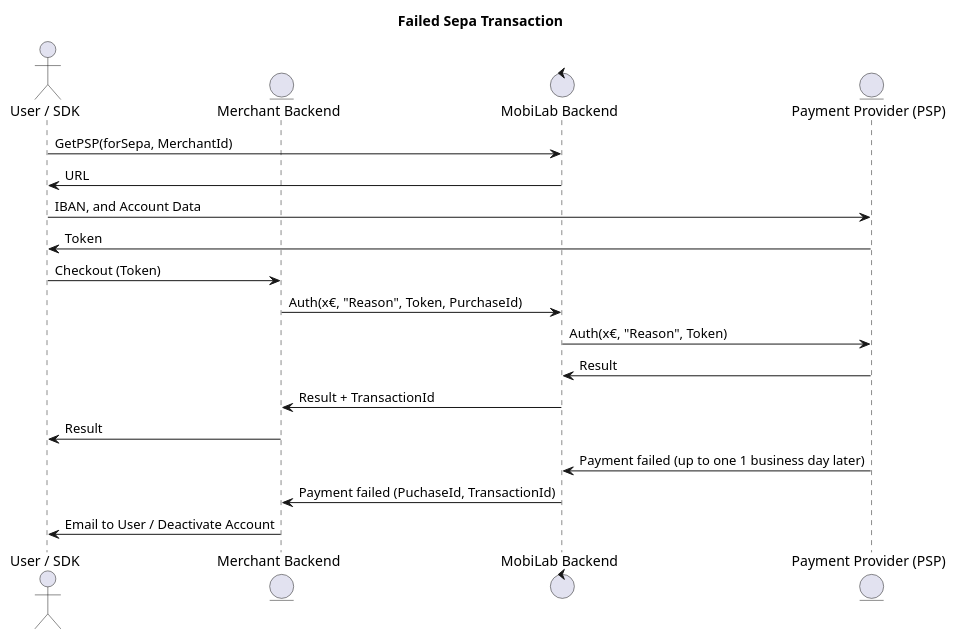
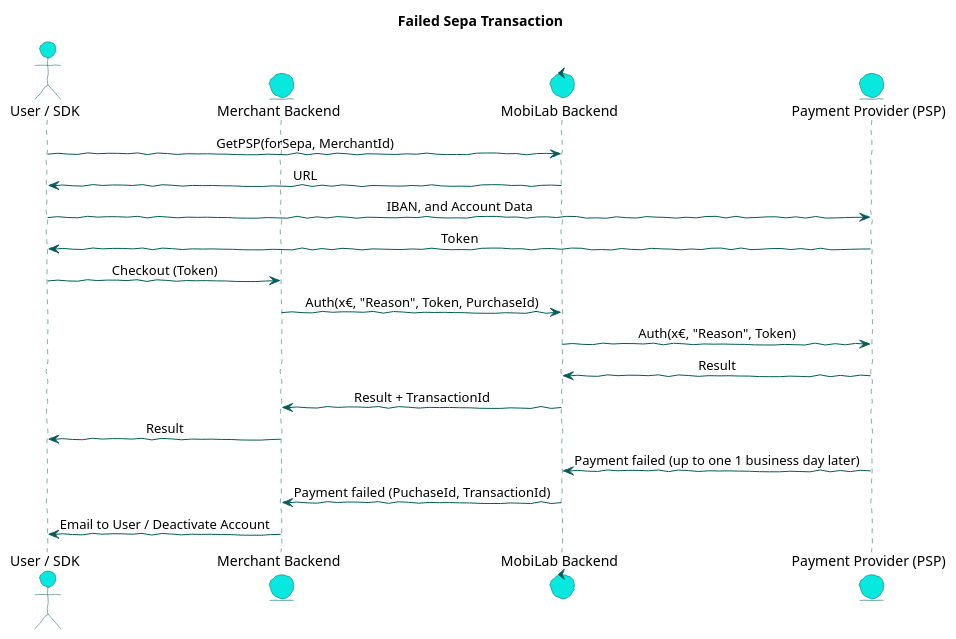
The diagram in diagrams/sepa_transaction_fail.wsd (mobilabsolutions/stash-sdk-wiki), drawn with PlantUML before and after one commit. The commit also changed 15 other files, not shown here.

```diff
--- a/diagrams/sepa_transaction_fail.wsd
+++ b/diagrams/sepa_transaction_fail.wsd
@@ -1,27 +1,40 @@
 @startuml
+
+skinparam handwritten true
+skinparam ControlBorderColor #035C58
+skinparam ControlBackgroundColor #08E8DE
+skinparam sequenceMessageAlign center
+skinparam EntityBackgroundColor #08E8DE
+skinparam EntityBorderColor #035C58
+skinparam DatabaseBackgroundColor #08E8DE
+skinparam DatabaseBorderColor #035C58
+skinparam ActorBackgroundColor #08E8DE
+skinparam ActorBorderColor #035C58
+skinparam ArrowColor #035C58
+skinparam SequenceLifeLineBorderColor #035C58
 
 title "Failed Sepa Transaction"
 
 actor "User / SDK" as User
 entity "Merchant Backend" as MEC
 control "MobiLab Backend" as MBE
 entity "Payment Provider (PSP)" as PSP
 
 User -> MBE: GetPSP(forSepa, MerchantId)
 MBE -> User: URL
 
 User -> PSP: IBAN, and Account Data
 PSP -> User: Token
 
 User -> MEC: Checkout (Token)
 MEC -> MBE: Auth(x€, "Reason", Token, PurchaseId)
 MBE -> PSP: Auth(x€, "Reason", Token)
 PSP -> MBE: Result
 MBE -> MEC: Result + TransactionId
 MEC -> User: Result
 
 PSP -> MBE: Payment failed (up to one 1 business day later)
 MBE -> MEC: Payment failed (PuchaseId, TransactionId)
 MEC -> User: Email to User / Deactivate Account
 
 @enduml
```
